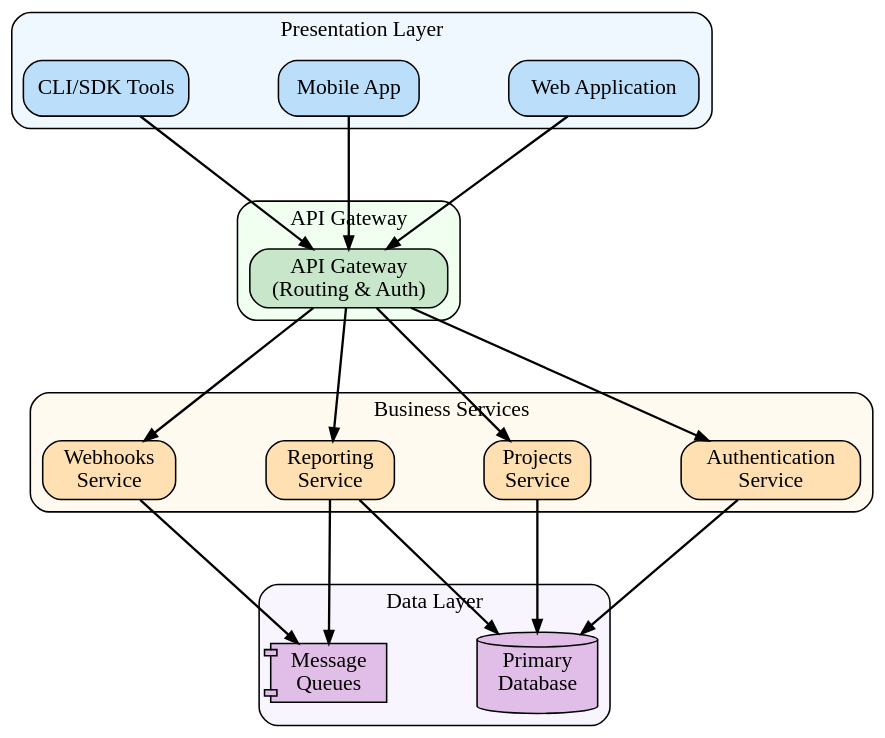
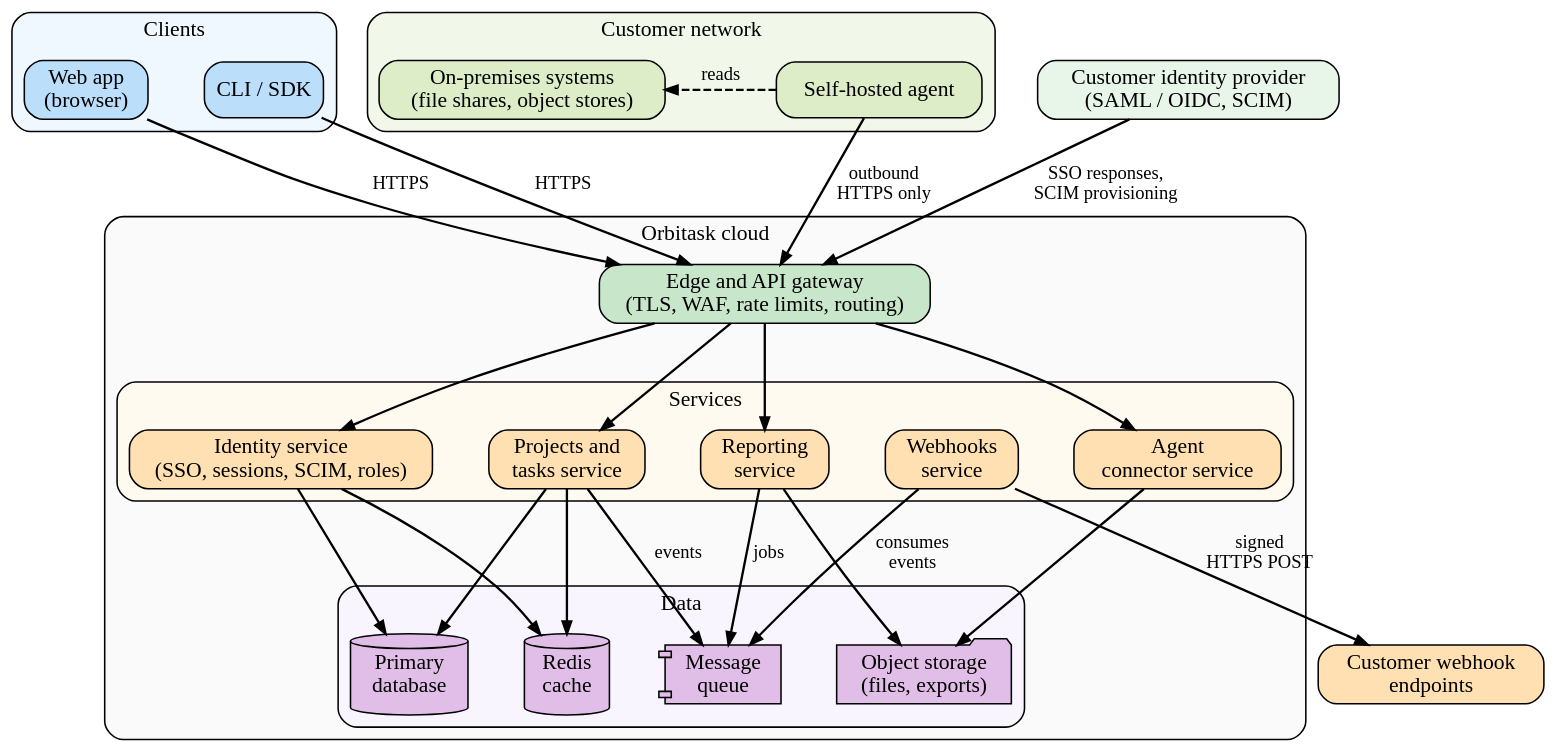
One commit to KorayErkan/tw-portfolio changed the diagram in src/software-guides/img/conceptual-architecture.dot. Above: the diagram before and after it, drawn with Graphviz. The commit also changed 72 other files, not shown here.

```diff
--- a/src/software-guides/img/conceptual-architecture.dot
+++ b/src/software-guides/img/conceptual-architecture.dot
@@ -1,67 +1,81 @@
 digraph G {
-  graph [rankdir=TB, splines=false, bgcolor="transparent", nodesep=0.8, ranksep=1.2];
+  graph [rankdir=TB, bgcolor="transparent", nodesep=0.5, ranksep=0.8,
+         fontname="Calibri", fontsize=14];
   node [shape=box, style="rounded,filled", fontname="Calibri", fontsize=14];
-  edge [arrowsize=0.8, penwidth=1.5, fontname="Calibri", fontsize=14];
+  edge [arrowsize=0.8, penwidth=1.5, fontname="Calibri", fontsize=12];
 
-  // Presentation Layer
-  subgraph cluster_presentation {
-    label="Presentation Layer";
-    style="rounded,filled";
-    fillcolor="#f0f8ff";
-    fontname="Calibri";
-    fontsize=14;
-    webapp [label="Web Application", fillcolor="#bbdefb"];
-    mobile [label="Mobile App", fillcolor="#bbdefb"];
-    cli [label="CLI/SDK Tools", fillcolor="#bbdefb"];
+  // Outside Orbitask
+  subgraph cluster_clients {
+    label="Clients";
+    style="rounded,filled"; fillcolor="#f0f8ff";
+    webapp [label="Web app\n(browser)", fillcolor="#bbdefb"];
+    cli    [label="CLI / SDK", fillcolor="#bbdefb"];
   }
 
-  // API Gateway Layer
-  subgraph cluster_gateway {
-    label="API Gateway";
-    style="rounded,filled";
-    fillcolor="#f0fff0";
-    fontname="Calibri";
-    fontsize=14;
-    gateway [label="API Gateway\n(Routing & Auth)", fillcolor="#c8e6c9"];
+  subgraph cluster_customer {
+    label="Customer network";
+    style="rounded,filled"; fillcolor="#f1f8e9";
+    agent  [label="Self-hosted agent", fillcolor="#dcedc8"];
+    onprem [label="On-premises systems\n(file shares, object stores)", fillcolor="#dcedc8"];
   }
 
-  // Business Services Layer
-  subgraph cluster_services {
-    label="Business Services";
-    style="rounded,filled";
-    fillcolor="#fffaf0";
-    fontname="Calibri";
-    fontsize=14;
-    auth [label="Authentication\nService", fillcolor="#ffe0b2"];
-    projects [label="Projects\nService", fillcolor="#ffe0b2"];
-    reporting [label="Reporting\nService", fillcolor="#ffe0b2"];
-    webhooks [label="Webhooks\nService", fillcolor="#ffe0b2"];
+  idp [label="Customer identity provider\n(SAML / OIDC, SCIM)", fillcolor="#e8f5e9"];
+
+  // Orbitask cloud
+  subgraph cluster_cloud {
+    label="Orbitask cloud";
+    style="rounded,filled"; fillcolor="#fafafa";
+
+    edge_gw [label="Edge and API gateway\n(TLS, WAF, rate limits, routing)", fillcolor="#c8e6c9"];
+
+    subgraph cluster_services {
+      label="Services";
+      style="rounded,filled"; fillcolor="#fffaf0";
+      identity  [label="Identity service\n(SSO, sessions, SCIM, roles)", fillcolor="#ffe0b2"];
+      projects  [label="Projects and\ntasks service", fillcolor="#ffe0b2"];
+      reporting [label="Reporting\nservice", fillcolor="#ffe0b2"];
+      webhooks  [label="Webhooks\nservice", fillcolor="#ffe0b2"];
+      connectors[label="Agent\nconnector service", fillcolor="#ffe0b2"];
+    }
+
+    subgraph cluster_data {
+      label="Data";
+      style="rounded,filled"; fillcolor="#f9f5ff";
+      database [label="Primary\ndatabase", fillcolor="#e1bee7", shape=cylinder];
+      cache    [label="Redis\ncache", fillcolor="#e1bee7", shape=cylinder];
+      queue    [label="Message\nqueue", fillcolor="#e1bee7", shape=component];
+      objects  [label="Object storage\n(files, exports)", fillcolor="#e1bee7", shape=folder];
+    }
   }
 
-  // Data Layer
-  subgraph cluster_data {
-    label="Data Layer";
-    style="rounded,filled";
-    fillcolor="#f9f5ff";
-    fontname="Calibri";
-    fontsize=14;
-    database [label="Primary\nDatabase", fillcolor="#e1bee7", shape=cylinder];
-    queues [label="Message\nQueues", fillcolor="#e1bee7", shape=component];
-  }
+  endpoints [label="Customer webhook\nendpoints", fillcolor="#ffe0b2"];
 
-  // Connections - Clean top-to-bottom flow
-  webapp -> gateway;
-  mobile -> gateway;
-  cli -> gateway;
 
-  gateway -> auth;
-  gateway -> projects;
-  gateway -> reporting;
-  gateway -> webhooks;
+  // Requests into Orbitask
+  webapp -> edge_gw [label="HTTPS"];
+  cli    -> edge_gw [label="HTTPS"];
+  agent  -> edge_gw [label="outbound\nHTTPS only"];
+  agent -> onprem [style=dashed, label="reads", constraint=false];
 
-  auth -> database;
-  projects -> database;
-  reporting -> database;
-  reporting -> queues;
-  webhooks -> queues;
+  // Identity
+  idp -> edge_gw [label="SSO responses,\nSCIM provisioning"];
+
+  // Gateway to services
+  edge_gw -> identity;
+  edge_gw -> projects;
+  edge_gw -> reporting;
+  edge_gw -> connectors;
+
+  // Services to data
+  identity  -> database;
+  identity  -> cache;
+  projects  -> database;
+  projects  -> cache;
+  projects  -> queue [label="events"];
+  reporting -> queue [label="jobs"];
+  reporting -> objects;
+  connectors -> objects;
+  edge_gw -> webhooks [style=invis];
+  webhooks -> queue [label="consumes\nevents"];
+  webhooks -> endpoints [label="signed\nHTTPS POST"];
 }
```
